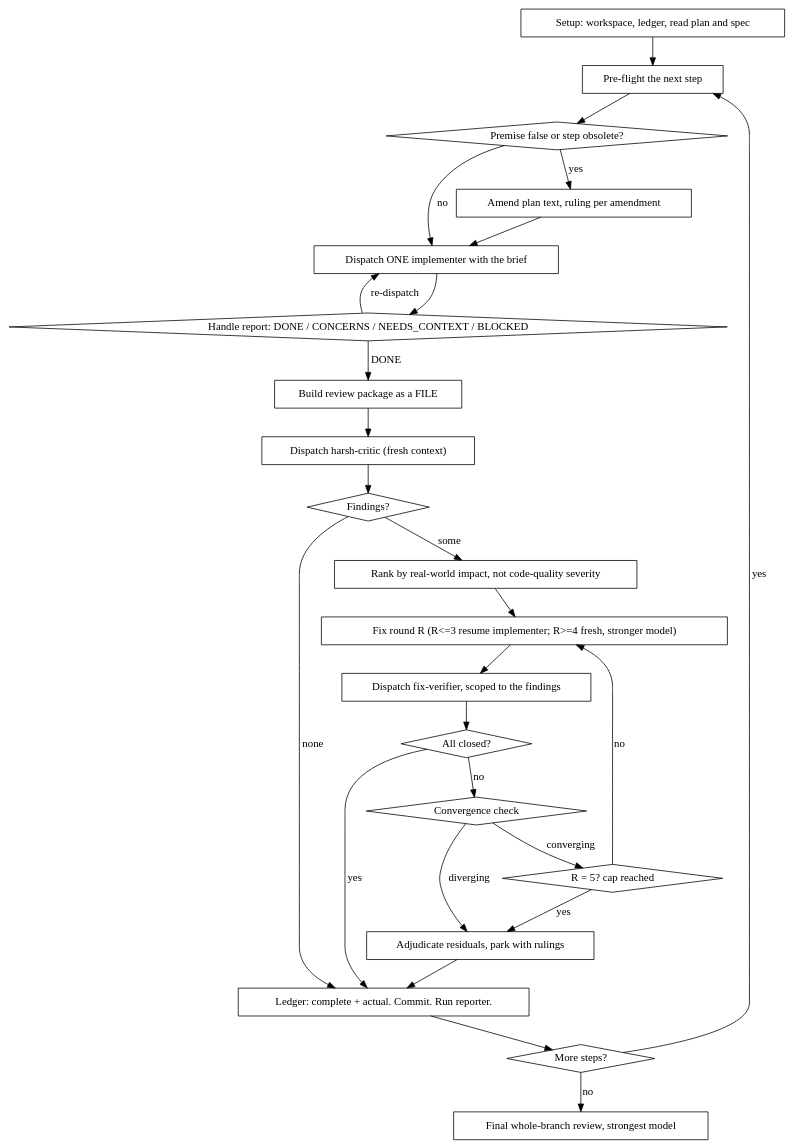
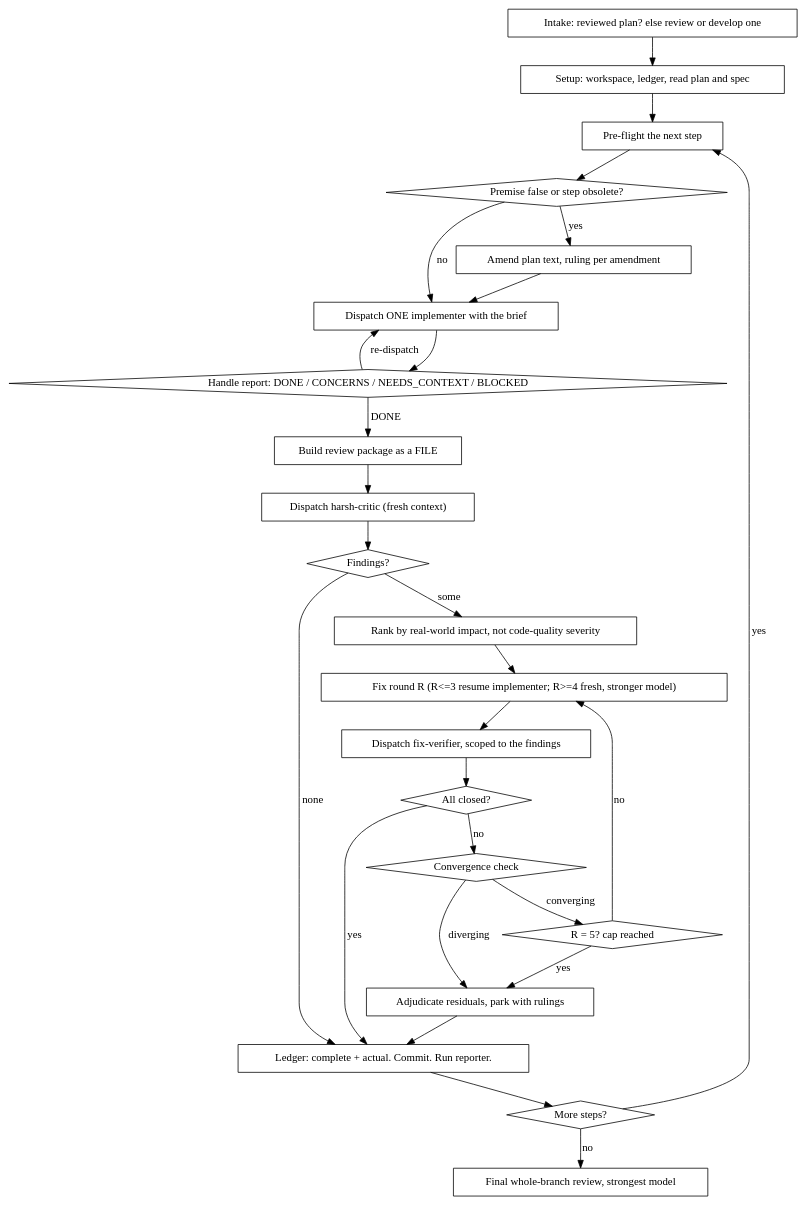
The diagram in plan-execution/skills/orchestrating-plans/SKILL.md (awilliams-1995/claude-plugins), drawn with Graphviz before and after one commit. The commit also changed other lines of this file and 8 other files, not shown here.

````diff
--- a/plan-execution/skills/orchestrating-plans/SKILL.md
+++ b/plan-execution/skills/orchestrating-plans/SKILL.md
@@ -99,50 +121,52 @@
 ```dot
 digraph loop {
   rankdir=TB;
+  "Intake: reviewed plan? else review or develop one" [shape=box];
   "Setup: workspace, ledger, read plan and spec" [shape=box];
   "Pre-flight the next step" [shape=box];
   "Premise false or step obsolete?" [shape=diamond];
   "Amend plan text, ruling per amendment" [shape=box];
   "Dispatch ONE implementer with the brief" [shape=box];
   "Handle report: DONE / CONCERNS / NEEDS_CONTEXT / BLOCKED" [shape=diamond];
   "Build review package as a FILE" [shape=box];
   "Dispatch harsh-critic (fresh context)" [shape=box];
   "Findings?" [shape=diamond];
   "Rank by real-world impact, not code-quality severity" [shape=box];
   "Fix round R (R<=3 resume implementer; R>=4 fresh, stronger model)" [shape=box];
   "Dispatch fix-verifier, scoped to the findings" [shape=box];
   "All closed?" [shape=diamond];
   "Convergence check" [shape=diamond];
   "R = 5? cap reached" [shape=diamond];
   "Adjudicate residuals, park with rulings" [shape=box];
   "Ledger: complete + actual. Commit. Run reporter." [shape=box];
   "More steps?" [shape=diamond];
   "Final whole-branch review, strongest model" [shape=box];
 
+  "Intake: reviewed plan? else review or develop one" -> "Setup: workspace, ledger, read plan and spec";
   "Setup: workspace, ledger, read plan and spec" -> "Pre-flight the next step";
   "Pre-flight the next step" -> "Premise false or step obsolete?";
   "Premise false or step obsolete?" -> "Amend plan text, ruling per amendment" [label="yes"];
   "Amend plan text, ruling per amendment" -> "Dispatch ONE implementer with the brief";
   "Premise false or step obsolete?" -> "Dispatch ONE implementer with the brief" [label="no"];
   "Dispatch ONE implementer with the brief" -> "Handle report: DONE / CONCERNS / NEEDS_CONTEXT / BLOCKED";
   "Handle report: DONE / CONCERNS / NEEDS_CONTEXT / BLOCKED" -> "Build review package as a FILE" [label="DONE"];
   "Handle report: DONE / CONCERNS / NEEDS_CONTEXT / BLOCKED" -> "Dispatch ONE implementer with the brief" [label="re-dispatch"];
   "Build review package as a FILE" -> "Dispatch harsh-critic (fresh context)";
   "Dispatch harsh-critic (fresh context)" -> "Findings?";
   "Findings?" -> "Ledger: complete + actual. Commit. Run reporter." [label="none"];
   "Findings?" -> "Rank by real-world impact, not code-quality severity" [label="some"];
   "Rank by real-world impact, not code-quality severity" -> "Fix round R (R<=3 resume implementer; R>=4 fresh, stronger model)";
   "Fix round R (R<=3 resume implementer; R>=4 fresh, stronger model)" -> "Dispatch fix-verifier, scoped to the findings";
   "Dispatch fix-verifier, scoped to the findings" -> "All closed?";
   "All closed?" -> "Ledger: complete + actual. Commit. Run reporter." [label="yes"];
   "All closed?" -> "Convergence check" [label="no"];
   "Convergence check" -> "Adjudicate residuals, park with rulings" [label="diverging"];
   "Convergence check" -> "R = 5? cap reached" [label="converging"];
   "R = 5? cap reached" -> "Fix round R (R<=3 resume implementer; R>=4 fresh, stronger model)" [label="no"];
   "R = 5? cap reached" -> "Adjudicate residuals, park with rulings" [label="yes"];
   "Adjudicate residuals, park with rulings" -> "Ledger: complete + actual. Commit. Run reporter.";
   "Ledger: complete + actual. Commit. Run reporter." -> "More steps?";
   "More steps?" -> "Pre-flight the next step" [label="yes"];
   "More steps?" -> "Final whole-branch review, strongest model" [label="no"];
 }
 ```
````
